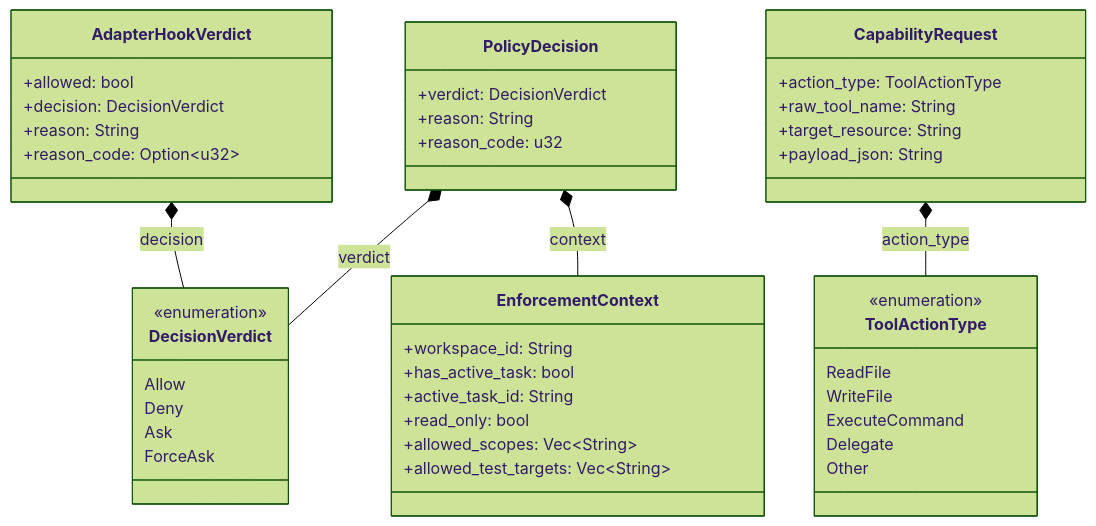
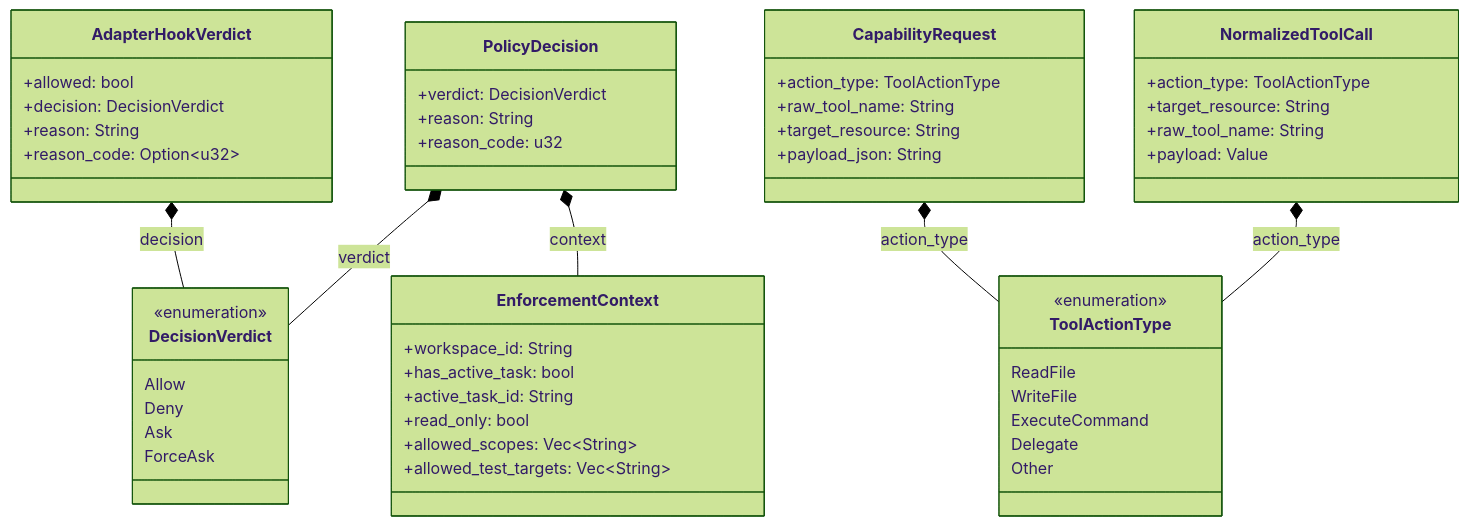
Before and after one commit to rolfmadsen/xgauntlet: the diagram in docs/architecture/policy.md, drawn with Mermaid (forest theme). The commit also changed other lines of this file and 12 other files, not shown here.

````diff
--- a/docs/architecture/policy.md
+++ b/docs/architecture/policy.md
@@ -7,59 +7,67 @@
 ```mermaid
 classDiagram
     direction TB
 
     %% ====================================================================
     %% 🧩 Feature Slice: policy (with 1-hop domain neighbors)
     %% ====================================================================
 
     class AdapterHookVerdict {
         +allowed: bool
         +decision: DecisionVerdict
         +reason: String
         +reason_code: Option~u32~
     }
 
     class CapabilityRequest {
         +action_type: ToolActionType
         +raw_tool_name: String
         +target_resource: String
         +payload_json: String
     }
 
     class DecisionVerdict {
         <<enumeration>>
         Allow
         Deny
         Ask
         ForceAsk
     }
 
     class EnforcementContext {
         +workspace_id: String
         +has_active_task: bool
         +active_task_id: String
         +read_only: bool
         +allowed_scopes: Vec~String~
         +allowed_test_targets: Vec~String~
     }
 
+    class NormalizedToolCall {
+        +action_type: ToolActionType
+        +target_resource: String
+        +raw_tool_name: String
+        +payload: Value
+    }
+
     class PolicyDecision {
         +verdict: DecisionVerdict
         +reason: String
         +reason_code: u32
     }
 
     class ToolActionType {
         <<enumeration>>
         ReadFile
         WriteFile
         ExecuteCommand
         Delegate
         Other
     }
 
     CapabilityRequest *-- ToolActionType : action_type
+    AdapterHookVerdict *-- DecisionVerdict : decision
+    NormalizedToolCall *-- ToolActionType : action_type
     PolicyDecision *-- DecisionVerdict : verdict
     PolicyDecision *-- EnforcementContext : context
-    AdapterHookVerdict *-- DecisionVerdict : decision
 ```
````
